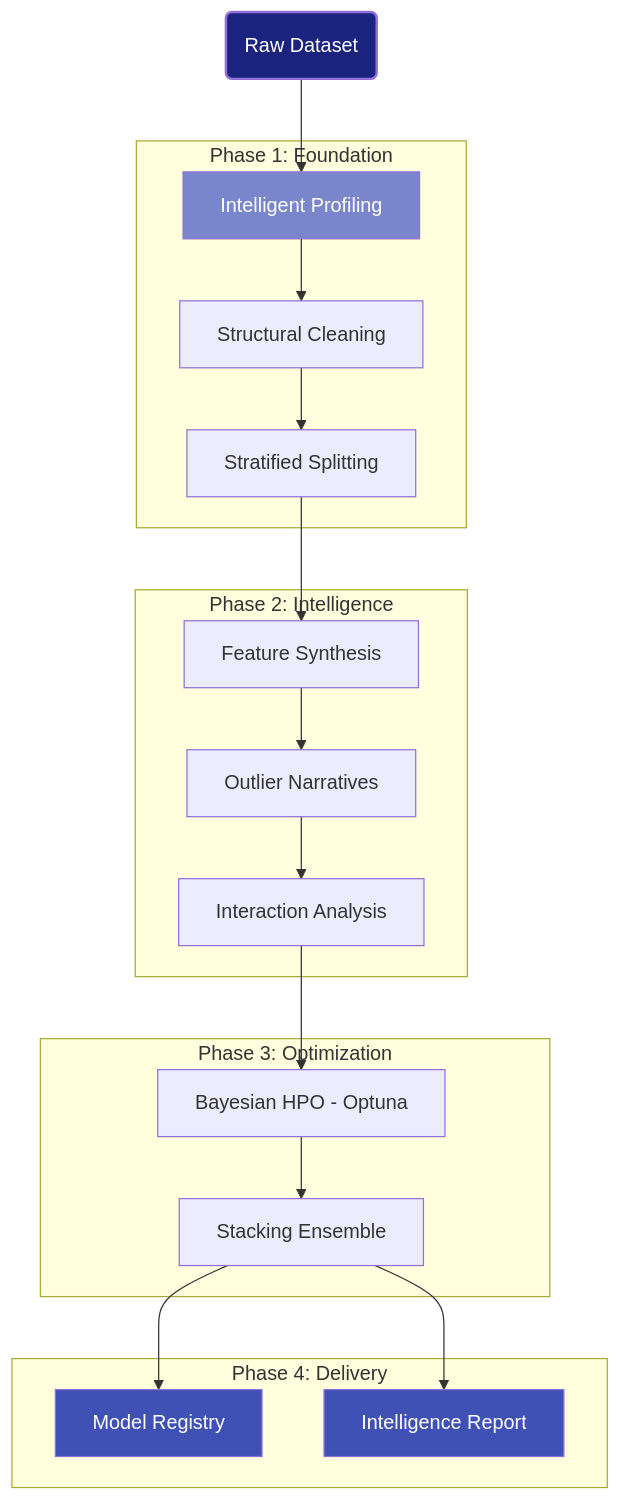
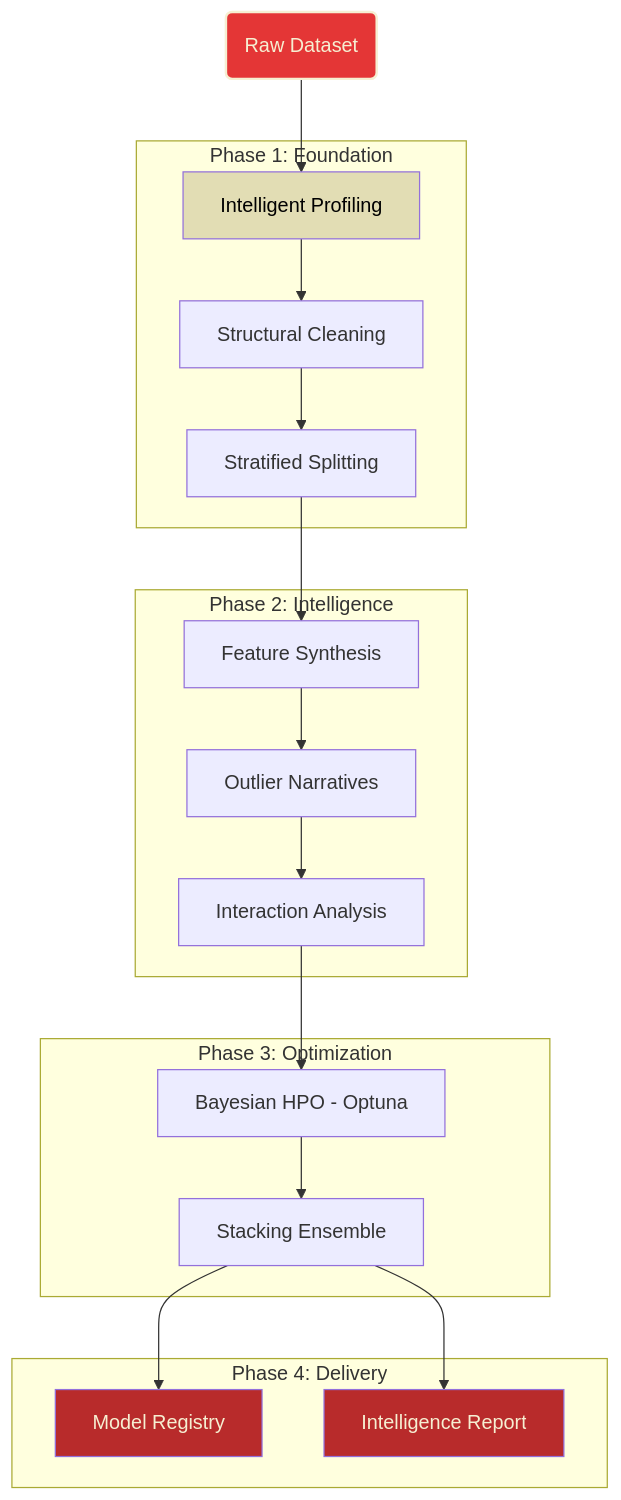
The diagram in docs/index.md (GhulamMuhammadNabeel/OctoLearn), drawn with Mermaid before and after one commit. The commit also changed other lines of this file and 25 other files, not shown here.

````diff
--- a/docs/index.md
+++ b/docs/index.md
@@ -512,36 +514,36 @@
 ```mermaid
 graph TD
     %% Input Layer
     Start(Raw Dataset) --> Profiling[Intelligent Profiling]
 
     %% Structural Phase
     subgraph "Phase 1: Foundation"
         Profiling --> Clean[Structural Cleaning]
         Clean --> Split[Stratified Splitting]
     end
 
     %% Intelligence Phase
     subgraph "Phase 2: Intelligence"
         Split --> FE[Feature Synthesis]
         FE --> Out[Outlier Narratives]
         Out --> Interaction[Interaction Analysis]
     end
 
     %% Optimization Phase
     subgraph "Phase 3: Optimization"
         Interaction --> Opt[Bayesian HPO - Optuna]
         Opt --> Stk[Stacking Ensemble]
     end
 
     %% Delivery Phase
     subgraph "Phase 4: Delivery"
         Stk --> Reg[Model Registry]
         Stk --> Rep[Intelligence Report]
     end
 
     %% Styling
-    style Start fill:#1a237e,color:#fff,stroke-width:2px
-    style Reg fill:#3f51b5,color:#fff
-    style Rep fill:#3f51b5,color:#fff
-    style Profiling fill:#7986cb,color:#fff
+    style Start fill:#E43636,color:#F6EFD2,stroke-width:2px,stroke:#F6EFD2
+    style Reg fill:#b82b2b,color:#F6EFD2
+    style Rep fill:#b82b2b,color:#F6EFD2
+    style Profiling fill:#E2DDB4,color:#000000
 ```
````
